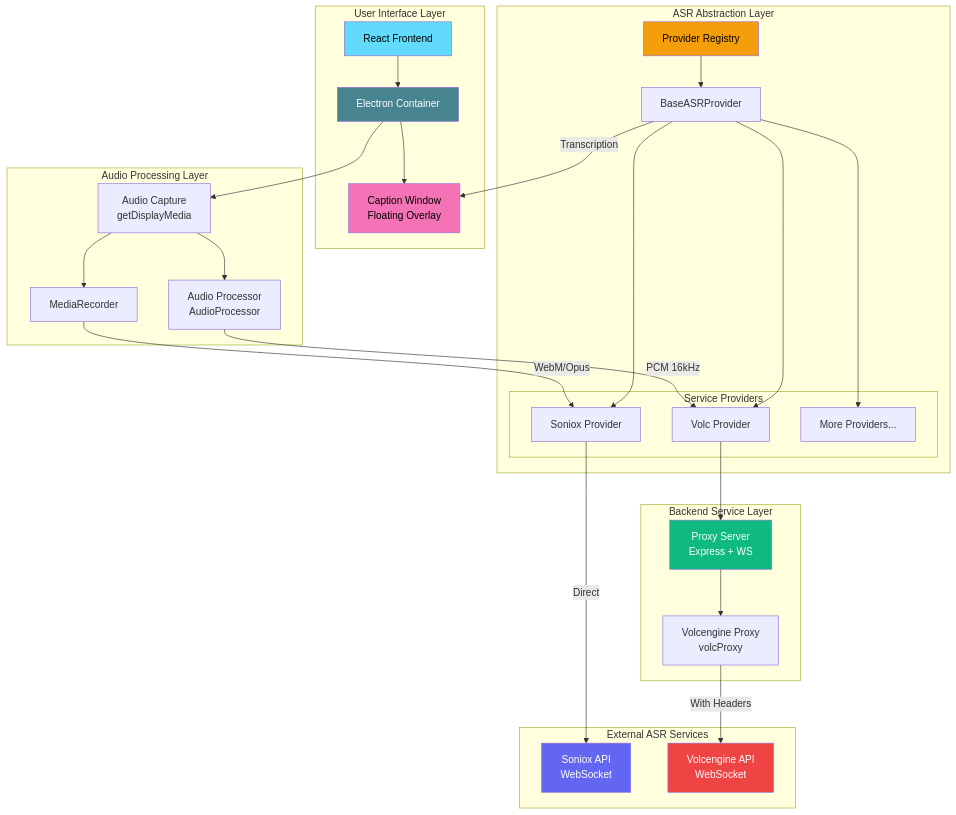
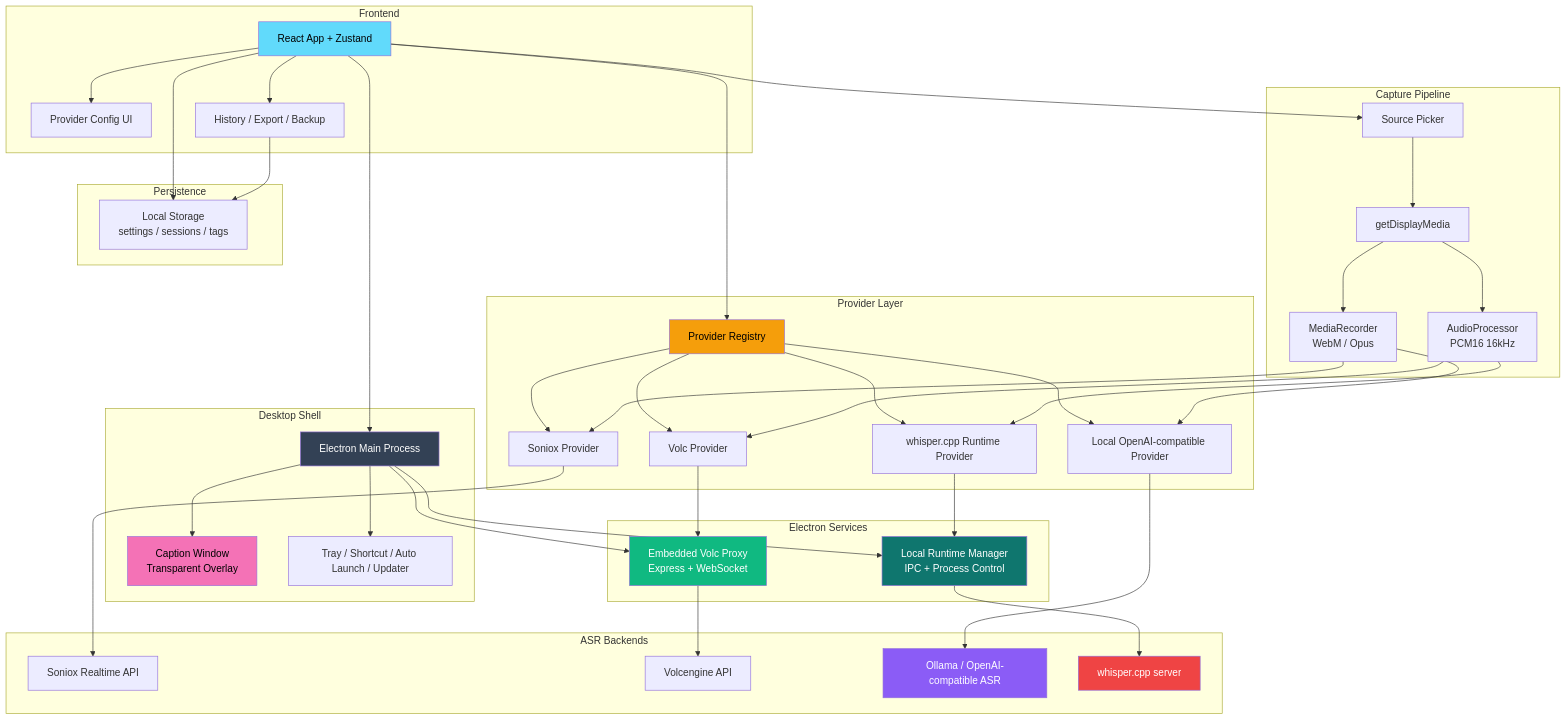
One commit to XimilalaXiang/DeLive changed the diagram in README.md. Above: the diagram before and after it, drawn with Mermaid. The commit also changed other lines of this file and 4 other files, not shown here.

````diff
--- a/README.md
+++ b/README.md
@@ -59,64 +41,87 @@
 ```mermaid
 graph TB
-    subgraph "User Interface Layer"
-        UI[React Frontend]
-        EC[Electron Container]
-        CW[Caption Window<br/>Floating Overlay]
+    subgraph "Desktop Shell"
+        EM[Electron Main Process]
+        CAP[Caption Window<br/>Transparent Overlay]
+        DESK[Tray / Shortcut / Auto Launch / Updater]
     end
-    
-    subgraph "Audio Processing Layer"
-        AC[Audio Capture<br/>getDisplayMedia]
-        AP[Audio Processor<br/>AudioProcessor]
-        MR[MediaRecorder]
+
+    subgraph "Frontend"
+        UI[React App + Zustand]
+        CFG[Provider Config UI]
+        HIS[History / Export / Backup]
     end
-    
-    subgraph "ASR Abstraction Layer"
-        PR[Provider Registry]
-        BP[BaseASRProvider]
-        
-        subgraph "Service Providers"
-            SP[Soniox Provider]
-            VP[Volc Provider]
-            MP[More Providers...]
-        end
+
+    subgraph "Capture Pipeline"
+        SRC[Source Picker]
+        GDM[getDisplayMedia]
+        MR[MediaRecorder<br/>WebM / Opus]
+        AP[AudioProcessor<br/>PCM16 16kHz]
     end
-    
-    subgraph "Backend Service Layer"
-        PS[Proxy Server<br/>Express + WS]
-        VC[Volcengine Proxy<br/>volcProxy]
+
+    subgraph "Provider Layer"
+        REG[Provider Registry]
+        SON[Soniox Provider]
+        VOL[Volc Provider]
+        LOA[Local OpenAI-compatible Provider]
+        WCP[whisper.cpp Runtime Provider]
     end
-    
-    subgraph "External ASR Services"
-        SONIOX[Soniox API<br/>WebSocket]
-        VOLC[Volcengine API<br/>WebSocket]
+
+    subgraph "Electron Services"
+        PROXY[Embedded Volc Proxy<br/>Express + WebSocket]
+        RTM[Local Runtime Manager<br/>IPC + Process Control]
     end
-    
-    UI --> EC
-    EC --> AC
-    EC --> CW
-    AC --> AP
-    AC --> MR
-    
-    AP -->|PCM 16kHz| VP
-    MR -->|WebM/Opus| SP
-    
-    PR --> BP
-    BP --> SP
-    BP --> VP
-    BP --> MP
-    
-    SP -->|Direct| SONIOX
-    VP --> PS
-    PS --> VC
-    VC -->|With Headers| VOLC
-    
-    BP -->|Transcription| CW
-    
+
+    subgraph "ASR Backends"
+        SONIOX[Soniox Realtime API]
+        VOLC[Volcengine API]
+        OPENAI[Ollama / OpenAI-compatible ASR]
+        WHISPER[whisper.cpp server]
+    end
+
+    subgraph "Persistence"
+        STORE[Local Storage<br/>settings / sessions / tags]
+    end
+
+    UI --> CFG
+    UI --> HIS
+    UI --> SRC
+    SRC --> GDM
+    GDM --> MR
+    GDM --> AP
+
+    UI --> REG
+    REG --> SON
+    REG --> VOL
+    REG --> LOA
+    REG --> WCP
+
+    MR --> SON
+    MR --> LOA
+    AP --> VOL
+    AP --> WCP
+
+    SON --> SONIOX
+    VOL --> PROXY
+    PROXY --> VOLC
+    LOA --> OPENAI
+    WCP --> RTM
+    RTM --> WHISPER
+
+    UI --> STORE
+    HIS --> STORE
+    UI --> EM
+    EM --> CAP
+    EM --> PROXY
+    EM --> RTM
+    EM --> DESK
+
     style UI fill:#61dafb,color:#000
-    style EC fill:#47848f,color:#fff
-    style CW fill:#f472b6,color:#000
-    style PR fill:#f59e0b,color:#000
-    style PS fill:#10b981,color:#fff
-    style SONIOX fill:#6366f1,color:#fff
-    style VOLC fill:#ef4444,color:#fff
+    style EM fill:#334155,color:#fff
+    style CAP fill:#f472b6,color:#000
+    style REG fill:#f59e0b,color:#000
+    style PROXY fill:#10b981,color:#fff
+    style RTM fill:#0f766e,color:#fff
+    style OPENAI fill:#8b5cf6,color:#fff
+    style WHISPER fill:#ef4444,color:#fff
 ```
````
